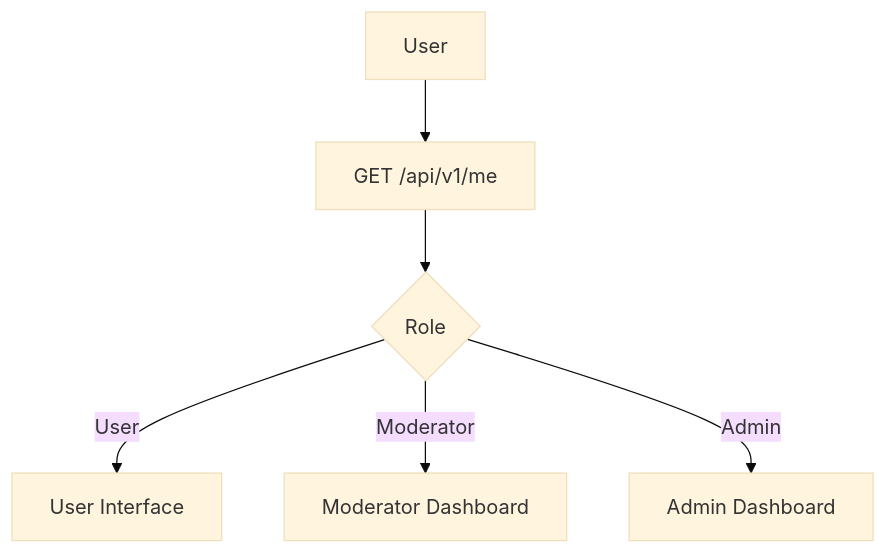
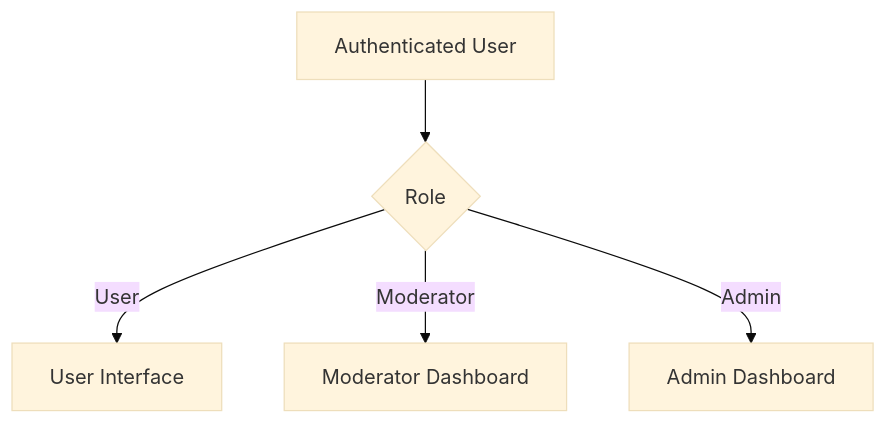
Before and after one commit to CNVN2024-2-Boiz/etsubi: the third of 7 diagrams in ARCHITECTURE.md, drawn with Mermaid (base theme). The commit also changed other lines of this file, not shown here.

Commit message:
update architecture

````diff
--- a/ARCHITECTURE.md
+++ b/ARCHITECTURE.md
@@ -140,10 +150,8 @@
 ```mermaid
 flowchart TD
-    User["User"] --> Me["GET /api/v1/me"]
+    Auth["Authenticated User"] --> Role{"Role"}
 
-    Me --> Role{"Role"}
-
-    Role -->|User| UserPage["User Interface"]
-    Role -->|Moderator| Moderator["Moderator Dashboard"]
-    Role -->|Admin| Admin["Admin Dashboard"]
+    Role -->|User| UserUI["User Interface"]
+    Role -->|Moderator| ModeratorUI["Moderator Dashboard"]
+    Role -->|Admin| AdminUI["Admin Dashboard"]
 ```
````
